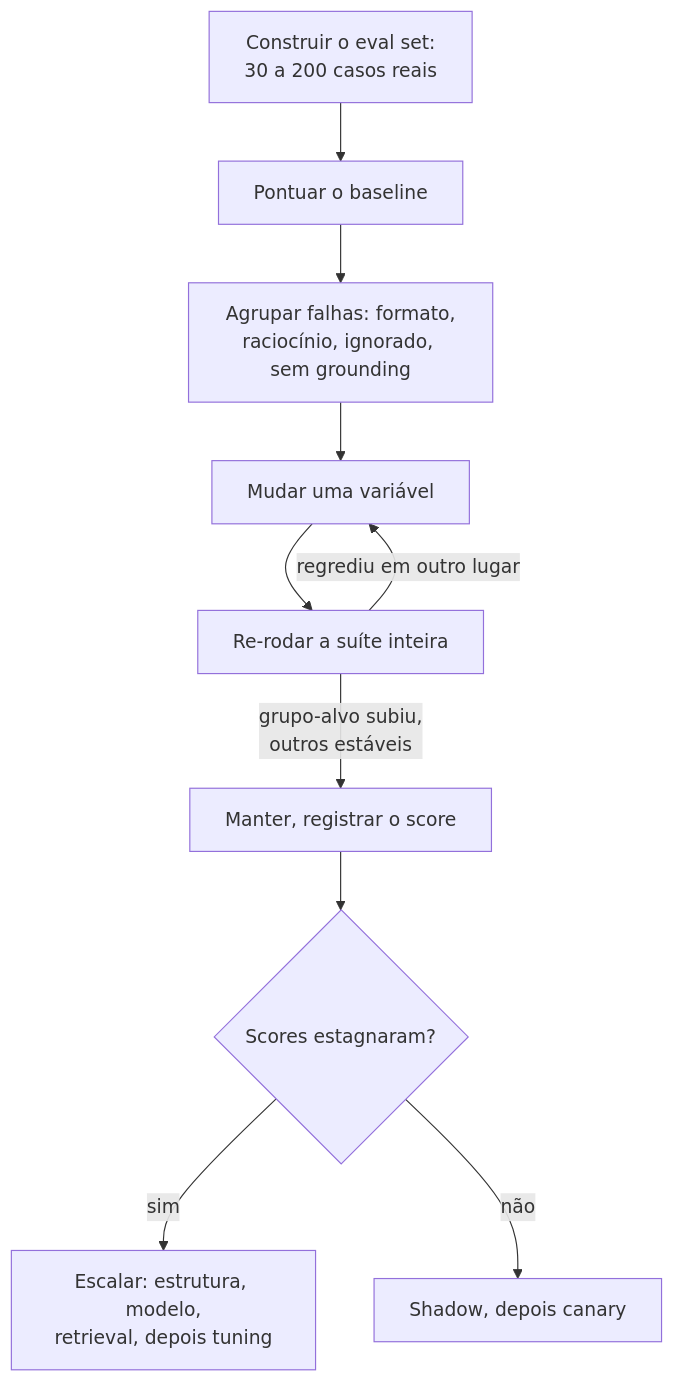
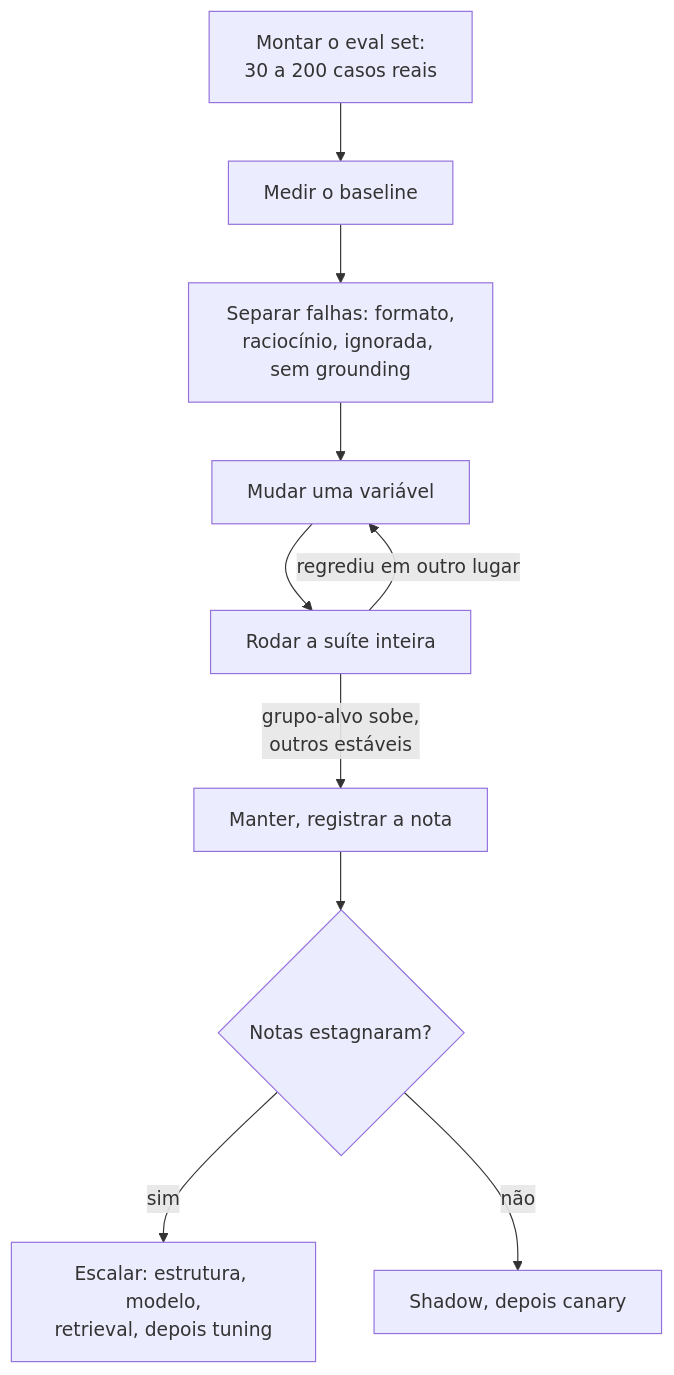
One commit to andrevberaldo/AI-Engineer-Interview-Questions changed diagram 12 of 26 in 03-prompt-engineering-and-context/questions.pt-BR.md. Above: the diagram before and after it, drawn with Mermaid. The commit also changed other lines of this file and 1 other file, not shown here.

````diff
--- a/03-prompt-engineering-and-context/questions.pt-BR.md
+++ b/03-prompt-engineering-and-context/questions.pt-BR.md
@@ -659,12 +659,12 @@
 ```mermaid
 flowchart TD
-    A["Construir o eval set:<br/>30 a 200 casos reais"] --> B["Pontuar o baseline"]
-    B --> C["Agrupar falhas: formato,<br/>raciocínio, ignorado, sem grounding"]
+    A["Montar o eval set:<br/>30 a 200 casos reais"] --> B["Medir o baseline"]
+    B --> C["Separar falhas: formato,<br/>raciocínio, ignorada, sem grounding"]
     C --> D["Mudar uma variável"]
-    D --> E["Re-rodar a suíte inteira"]
-    E -->|"grupo-alvo subiu,<br/>outros estáveis"| F["Manter, registrar o score"]
+    D --> E["Rodar a suíte inteira"]
+    E -->|"grupo-alvo sobe,<br/>outros estáveis"| F["Manter, registrar a nota"]
     E -->|"regrediu em outro lugar"| D
-    F --> G{"Scores estagnaram?"}
+    F --> G{"Notas estagnaram?"}
     G -->|"sim"| H["Escalar: estrutura, modelo,<br/>retrieval, depois tuning"]
     G -->|"não"| I["Shadow, depois canary"]
 ```
````
